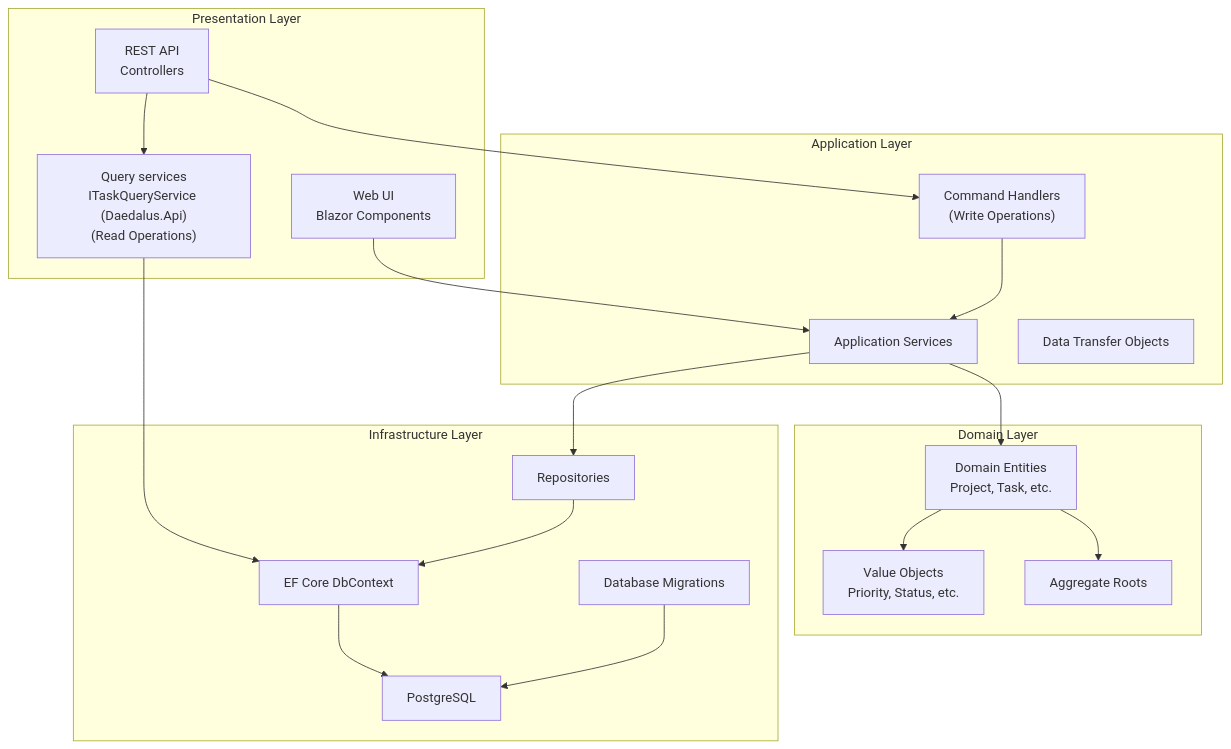
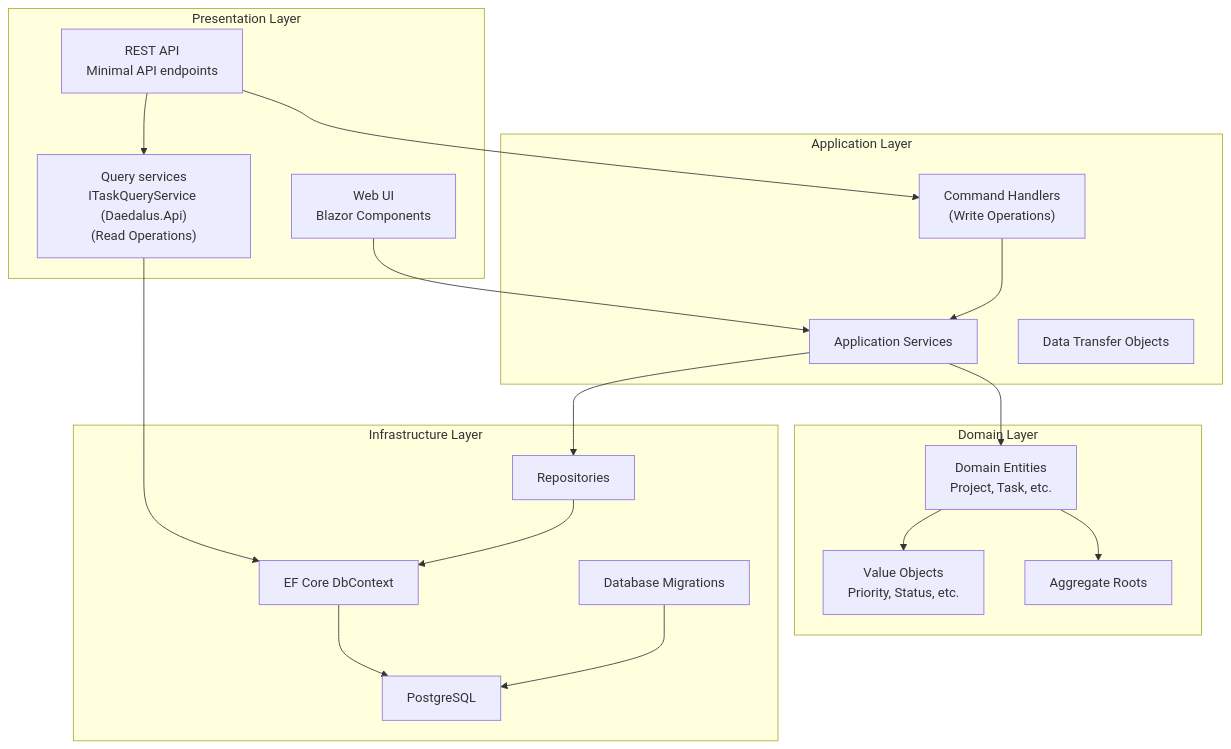
One commit to MarcelRoozekrans/Daedalus.NET changed the seventh of 23 diagrams in docs/architecture-diagrams.md. Above: the diagram before and after it, drawn with Mermaid. The commit also changed other lines of this file and 5 other files, not shown here.

First line of the commit message:
docs: describe minimal API endpoints in place of controllers

````diff
--- a/docs/architecture-diagrams.md
+++ b/docs/architecture-diagrams.md
@@ -612,44 +612,44 @@
 ```mermaid
 graph TB
     subgraph "Presentation Layer"
-        API["REST API<br/>Controllers"]
+        API["REST API<br/>Minimal API endpoints"]
         WEB["Web UI<br/>Blazor Components"]
         QUERYSVC["Query services<br/>ITaskQueryService (Daedalus.Api)<br/>(Read Operations)"]
     end
 
     subgraph "Application Layer"
         COMMANDS["Command Handlers<br/>(Write Operations)"]
         SERVICES["Application Services"]
         DTOs["Data Transfer Objects"]
     end
 
     subgraph "Domain Layer"
         ENTITIES["Domain Entities<br/>Project, Task, etc."]
         VALUEOBJECTS["Value Objects<br/>Priority, Status, etc."]
         AGGROOT["Aggregate Roots"]
     end
 
     subgraph "Infrastructure Layer"
         DBCONTEXT["EF Core DbContext"]
         REPOSITORIES["Repositories"]
         MIGRATION["Database Migrations"]
         PERSISTENCE["PostgreSQL"]
     end
 
     API --> COMMANDS
     API --> QUERYSVC
     QUERYSVC --> DBCONTEXT
     WEB --> SERVICES
 
     COMMANDS --> SERVICES
 
     SERVICES --> REPOSITORIES
     SERVICES --> ENTITIES
 
     REPOSITORIES --> DBCONTEXT
     ENTITIES --> VALUEOBJECTS
     ENTITIES --> AGGROOT
 
     DBCONTEXT --> PERSISTENCE
     MIGRATION --> PERSISTENCE
 ```
````
